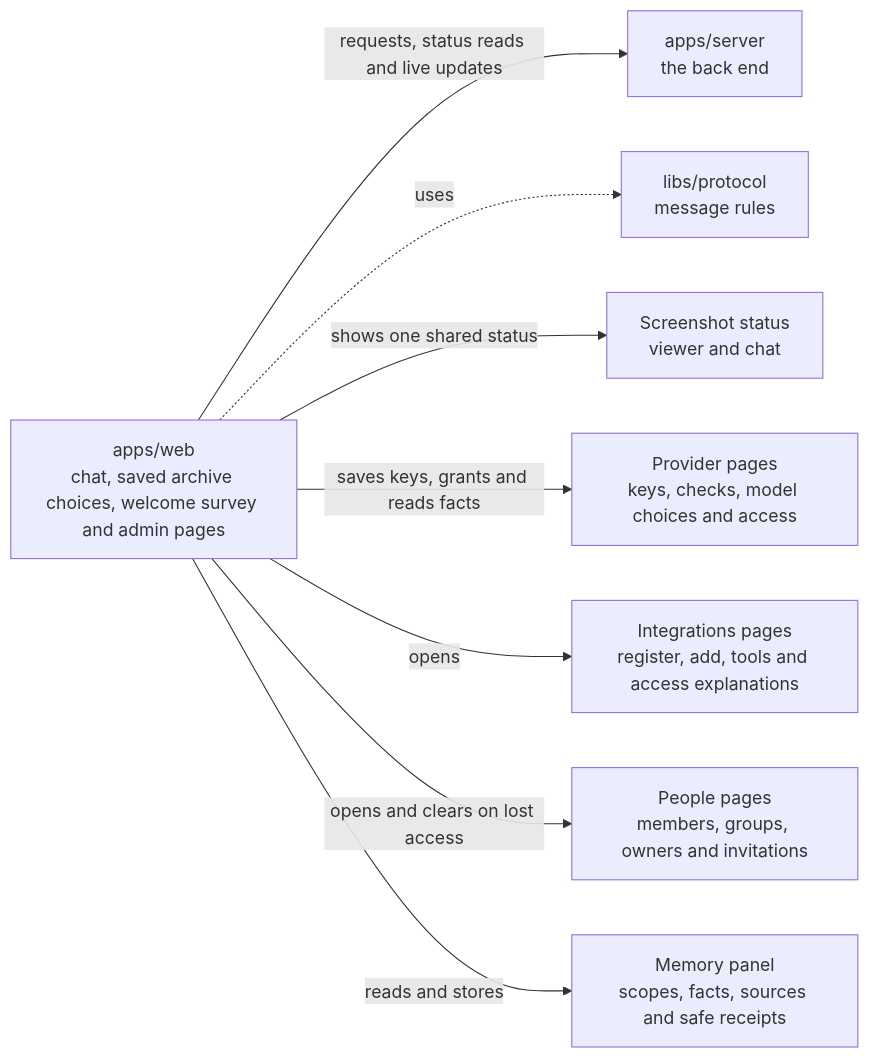
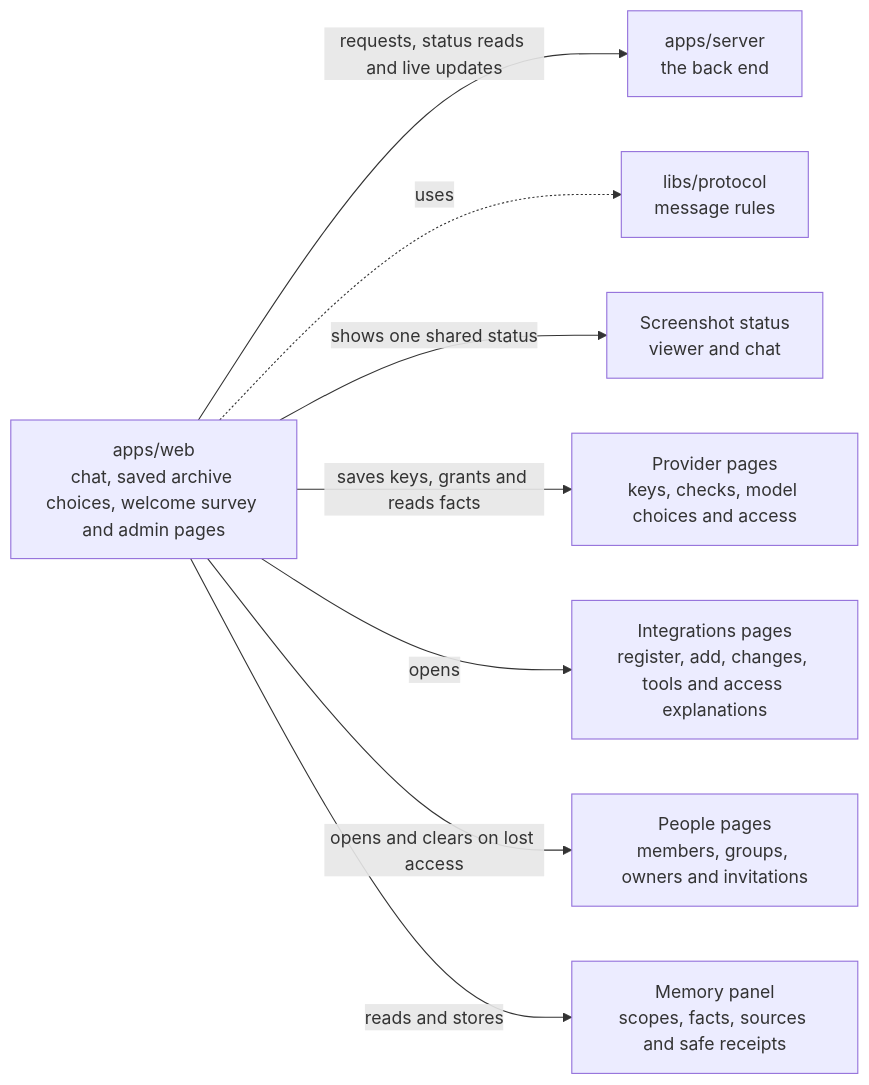
One commit to elewa-git/opencrane-new changed the diagram in apps/web/README.md. Above: the diagram before and after it, drawn with Mermaid. The commit also changed other lines of this file and 13 other files, not shown here.

````diff
--- a/apps/web/README.md
+++ b/apps/web/README.md
@@ -11,10 +11,10 @@
 ```mermaid
 flowchart LR
   web["apps/web<br/>chat, saved archive choices, welcome survey and admin pages"] -->|requests, status reads and live updates| server["apps/server<br/>the back end"]
   web -.->|uses| protocol["libs/protocol<br/>message rules"]
   web -->|shows one shared status| capture["Screenshot status<br/>viewer and chat"]
   web -->|saves keys, grants and reads facts| providers["Provider pages<br/>keys, checks, model choices and access"]
-  web -->|opens| integrations["Integrations pages<br/>register, add, tools and access explanations"]
+  web -->|opens| integrations["Integrations pages<br/>register, add, changes, tools and access explanations"]
   web -->|opens and clears on lost access| people["People pages<br/>members, groups, owners and invitations"]
   web -->|reads and stores| memory["Memory panel<br/>scopes, facts, sources and safe receipts"]
 ```
````
